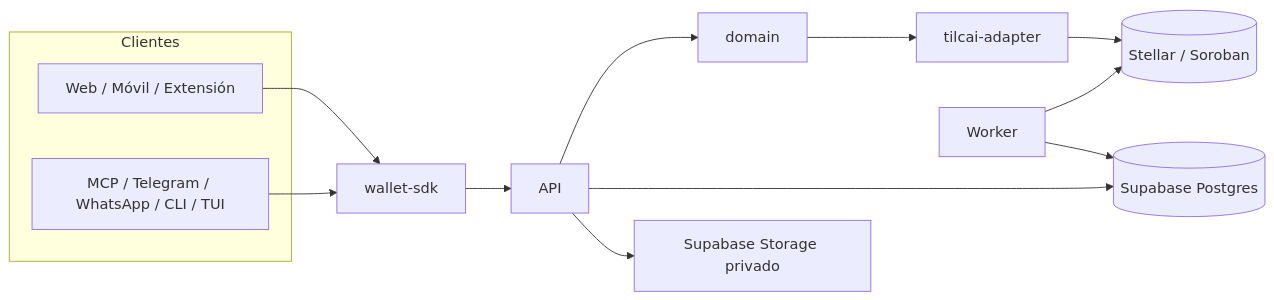
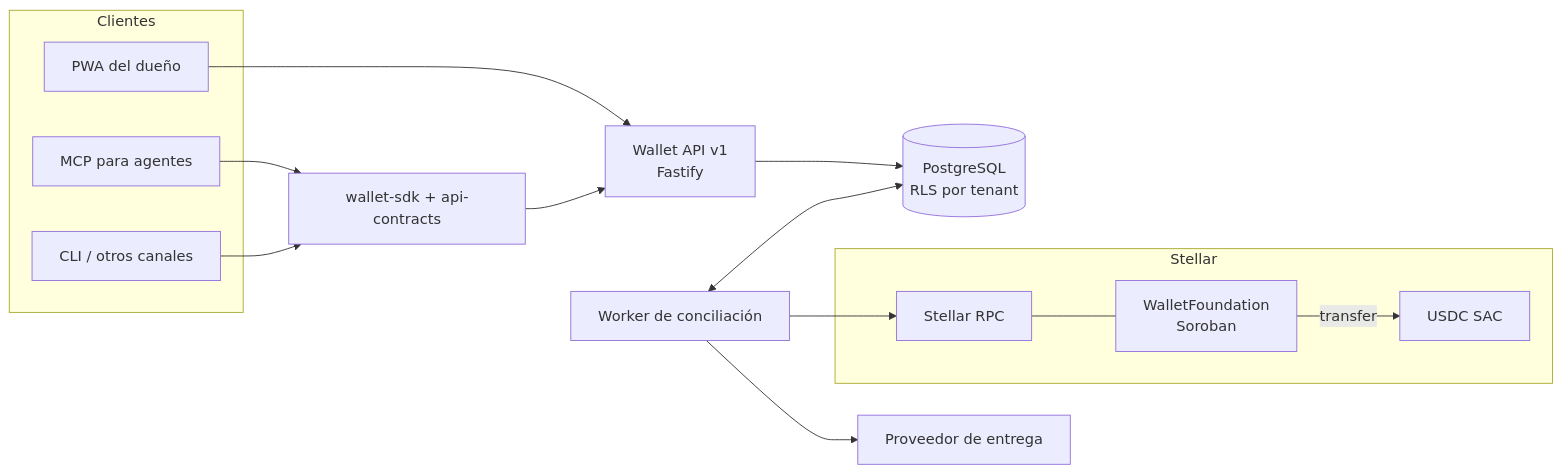
Before and after one commit to TilcAI-Wallet/tilcai-wallet: the diagram in README.md, drawn with Mermaid. The commit also changed other lines of this file and 1 other file, not shown here.

First line of the commit message:
Rewrite main README and keep the historical team checklist in the roadmap

````diff
--- a/README.md
+++ b/README.md
@@ -35,17 +73,29 @@
 ```mermaid
 flowchart LR
   subgraph Clientes
-    W[Web / Móvil / Extensión]
-    C[MCP / Telegram / WhatsApp / CLI / TUI]
+    PWA["PWA del dueño"]
+    MCP["MCP para agentes"]
+    CLI["CLI / otros canales"]
   end
-  W --> SDK[wallet-sdk]
-  C --> SDK
-  SDK --> API[API]
-  API --> D[domain]
-  API --> PG[(Supabase Postgres)]
-  API --> Storage[Supabase Storage privado]
-  D --> AD[tilcai-adapter]
-  AD --> ST[(Stellar / Soroban)]
-  WK[Worker] --> ST
-  WK --> PG
+  SDK["wallet-sdk + api-contracts"]
+  API["Wallet API v1<br/>Fastify"]
+  PG[("PostgreSQL<br/>RLS por tenant")]
+  WK["Worker de conciliación"]
+  PROV["Proveedor de entrega"]
+  subgraph Stellar
+    RPC["Stellar RPC"]
+    WF["WalletFoundation<br/>Soroban"]
+    USDC["USDC SAC"]
+  end
+
+  MCP --> SDK
+  CLI --> SDK
+  SDK --> API
+  PWA --> API
+  API --> PG
+  WK <--> PG
+  WK --> RPC
+  WK --> PROV
+  RPC --- WF
+  WF -->|transfer| USDC
 ```
````
